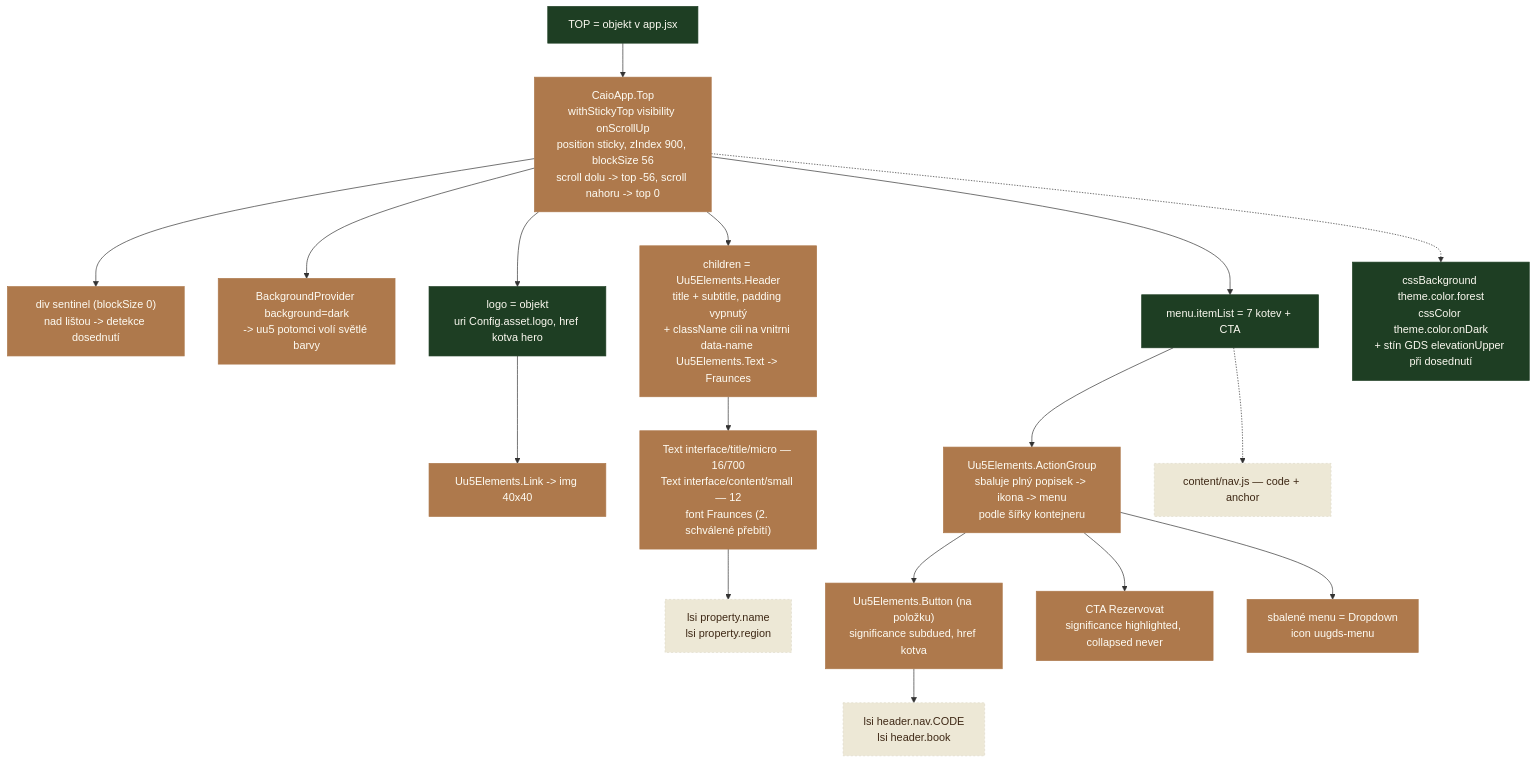
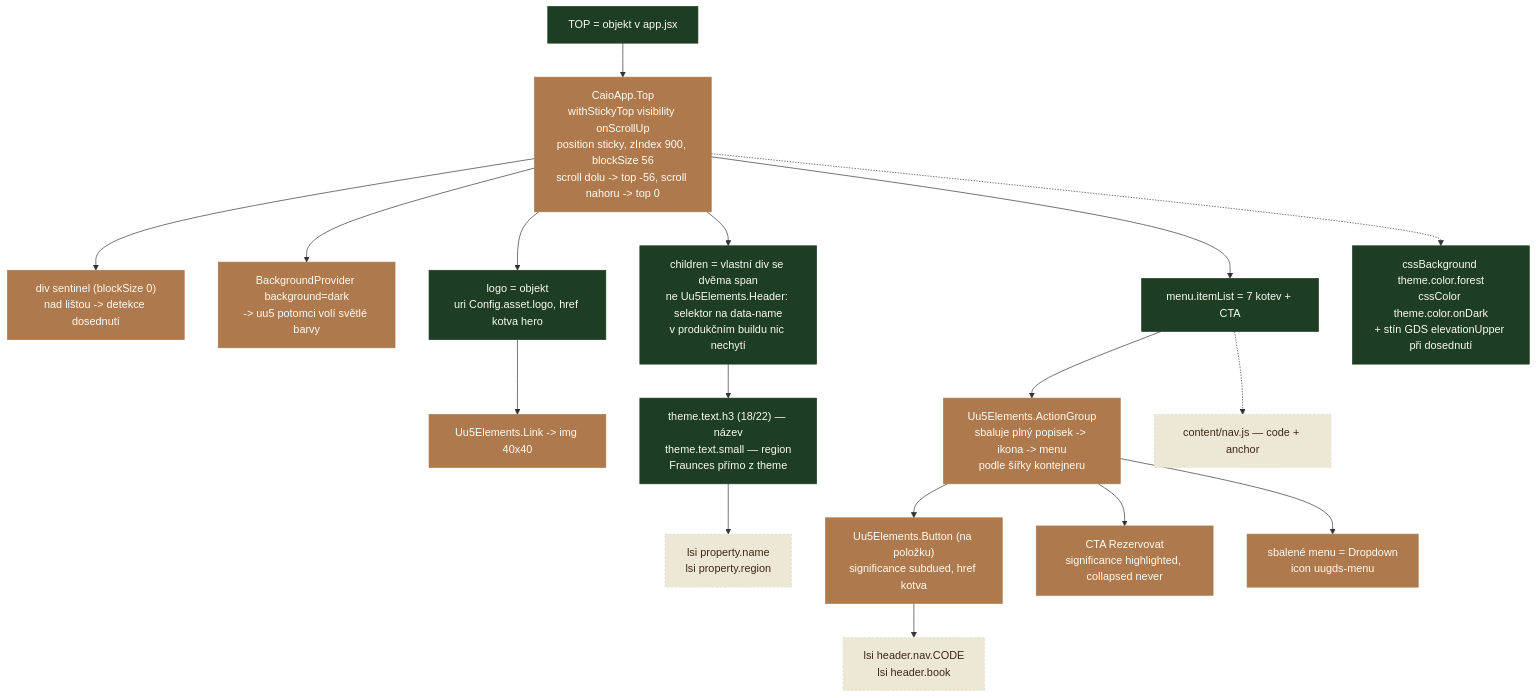
Before and after one commit to capo00/caio_propertyman: the third of 29 diagrams in docs/component-tree.md, drawn with Mermaid. The commit also changed other lines of this file and 2 other files, not shown here.

First line of the commit message:
fix(client): název v liště přežije produkční build

````diff
--- a/docs/component-tree.md
+++ b/docs/component-tree.md
@@ -138,41 +138,41 @@
 ```mermaid
 flowchart TD
   TOP["TOP = objekt v app.jsx"]:::own
   T["CaioApp.Top<br/>withStickyTop visibility onScrollUp<br/>position sticky, zIndex 900, blockSize 56<br/>scroll dolu -> top -56, scroll nahoru -> top 0"]:::uu5
   SENT["div sentinel (blockSize 0)<br/>nad lištou -> detekce dosednutí"]:::uu5
   BG["BackgroundProvider background=dark<br/>-> uu5 potomci volí světlé barvy"]:::uu5
 
   LOGO["logo = objekt<br/>uri Config.asset.logo, href kotva hero"]:::own
   IMG["Uu5Elements.Link -> img 40x40"]:::uu5
 
-  CH["children = Uu5Elements.Header<br/>title + subtitle, padding vypnutý<br/>+ className cili na vnitrni data-name Uu5Elements.Text -> Fraunces"]:::uu5
-  CHT["Text interface/title/micro — 16/700<br/>Text interface/content/small — 12<br/>font Fraunces (2. schválené přebití)"]:::uu5
+  CH["children = vlastní div se dvěma span<br/>ne Uu5Elements.Header: selektor na data-name<br/>v produkčním buildu nic nechytí"]:::own
+  CHT["theme.text.h3 (18/22) — název<br/>theme.text.small — region<br/>Fraunces přímo z theme"]:::own
   LSIP["lsi property.name<br/>lsi property.region"]:::data
 
   MENU["menu.itemList = 7 kotev + CTA"]:::own
   AG["Uu5Elements.ActionGroup<br/>sbaluje plný popisek -> ikona -> menu<br/>podle šířky kontejneru"]:::uu5
   ITEM["Uu5Elements.Button (na položku)<br/>significance subdued, href kotva"]:::uu5
   CTA["CTA Rezervovat<br/>significance highlighted, collapsed never"]:::uu5
   HAM["sbalené menu = Dropdown<br/>icon uugds-menu"]:::uu5
   LSIN["lsi header.nav.CODE<br/>lsi header.book"]:::data
   NAVD["content/nav.js — code + anchor"]:::data
 
   CSS["cssBackground theme.color.forest<br/>cssColor theme.color.onDark<br/>+ stín GDS elevationUpper při dosednutí"]:::own
 
   TOP --> T
   T --> SENT
   T --> BG
   T --> LOGO --> IMG
   T --> CH --> CHT --> LSIP
   T --> MENU --> AG
   AG --> ITEM --> LSIN
   AG --> CTA
   AG --> HAM
   MENU -.-> NAVD
   T -.-> CSS
 
   classDef own fill:#1E3E23,color:#FBF9F0,stroke:#1E3E23
   classDef html fill:#F9F5E8,color:#1E2715,stroke:#DFDBCB
   classDef uu5 fill:#AE794C,color:#FEFCF4,stroke:#AE794C
   classDef data fill:#EDE8D6,color:#3E2815,stroke:#DFDBCB,stroke-dasharray:3 3
 ```
````
